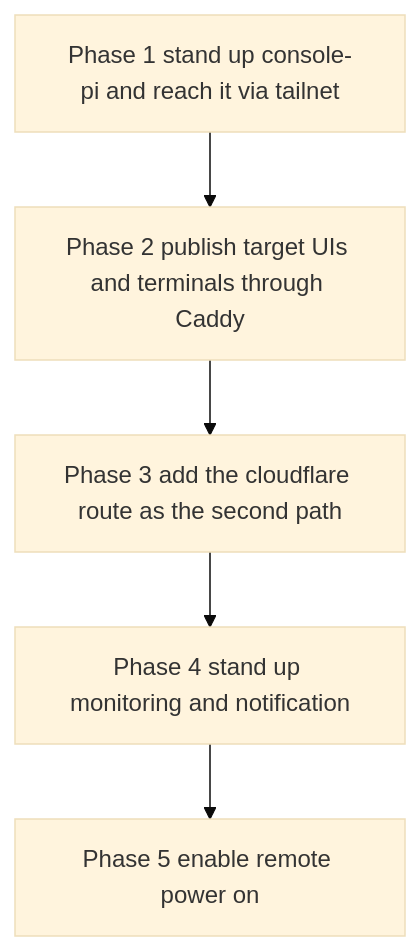
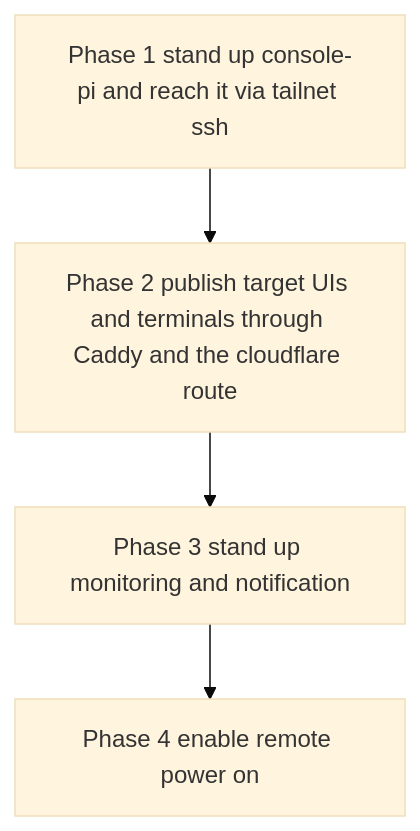
The fifth of 5 diagrams in .kiro/specs/admin-plane-rebuild/design.md (tom1022/my-home-network), drawn with Mermaid (base theme) before and after one commit. The commit also changed other lines of this file and 26 other files, not shown here.

````diff
--- a/.kiro/specs/admin-plane-rebuild/design.md
+++ b/.kiro/specs/admin-plane-rebuild/design.md
@@ -303,10 +314,9 @@
 ```mermaid
 flowchart TB
-    P1[Phase 1 stand up console-pi and reach it via tailnet]
-    P2[Phase 2 publish target UIs and terminals through Caddy]
-    P3[Phase 3 add the cloudflare route as the second path]
-    P4[Phase 4 stand up monitoring and notification]
-    P5[Phase 5 enable remote power on]
+    P1[Phase 1 stand up console-pi and reach it via tailnet ssh]
+    P2[Phase 2 publish target UIs and terminals through Caddy and the cloudflare route]
+    P3[Phase 3 stand up monitoring and notification]
+    P4[Phase 4 enable remote power on]
 
-    P1 --> P2 --> P3 --> P4 --> P5
+    P1 --> P2 --> P3 --> P4
 ```
````
